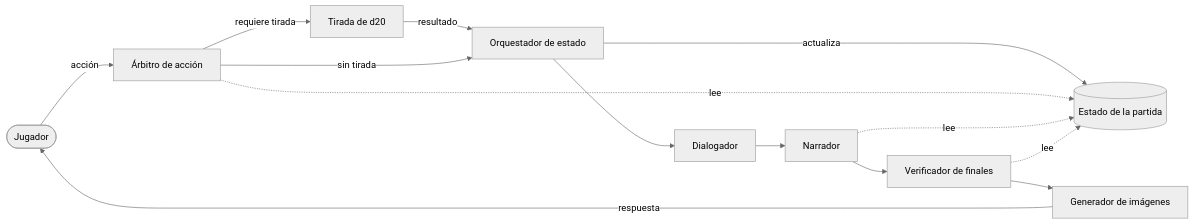
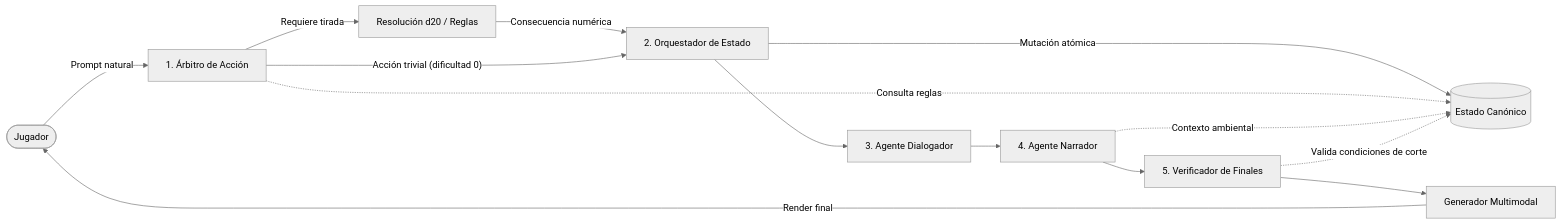
The second of 2 diagrams in README.md (Baisa54/DM_ai), drawn with Mermaid (neutral theme) before and after one commit. The commit also changed other lines of this file and 1 other file, not shown here.

````diff
--- a/README.md
+++ b/README.md
@@ -149,28 +165,28 @@
 ```mermaid
 flowchart LR
     Jugador([Jugador])
-    Arbitro[Árbitro de acción]
-    Tirada[Tirada de d20]
-    Orq[Orquestador de estado]
-    Dialogador[Dialogador]
-    Narrador[Narrador]
-    Verif[Verificador de finales]
-    GenVis[Generador de imágenes]
-    Estado[(Estado de la partida)]
+    Arbitro[1. Árbitro de Acción]
+    Tirada[Resolución d20 / Reglas]
+    Orq[2. Orquestador de Estado]
+    Dialogador[3. Agente Dialogador]
+    Narrador[4. Agente Narrador]
+    Verif[5. Verificador de Finales]
+    GenVis[Generador Multimodal]
+    Estado[(Estado Canónico)]
 
-    Jugador -- acción --> Arbitro
-    Arbitro -- requiere tirada --> Tirada
-    Tirada -- resultado --> Orq
-    Arbitro -- sin tirada --> Orq
+    Jugador -- Prompt natural --> Arbitro
+    Arbitro -- Requiere tirada --> Tirada
+    Tirada -- Consecuencia numérica --> Orq
+    Arbitro -- Acción trivial (dificultad 0) --> Orq
     
-    Orq -- actualiza --> Estado
+    Orq -- Mutación atómica --> Estado
     Orq --> Dialogador
     Dialogador --> Narrador
     Narrador --> Verif
     Verif --> GenVis
-    GenVis -- respuesta --> Jugador
+    GenVis -- Render final --> Jugador
 
-    Arbitro -. lee .-> Estado
-    Narrador -. lee .-> Estado
-    Verif -. lee .-> Estado
+    Arbitro -. Consulta reglas .-> Estado
+    Narrador -. Contexto ambiental .-> Estado
+    Verif -. Valida condiciones de corte .-> Estado
 ```
````
